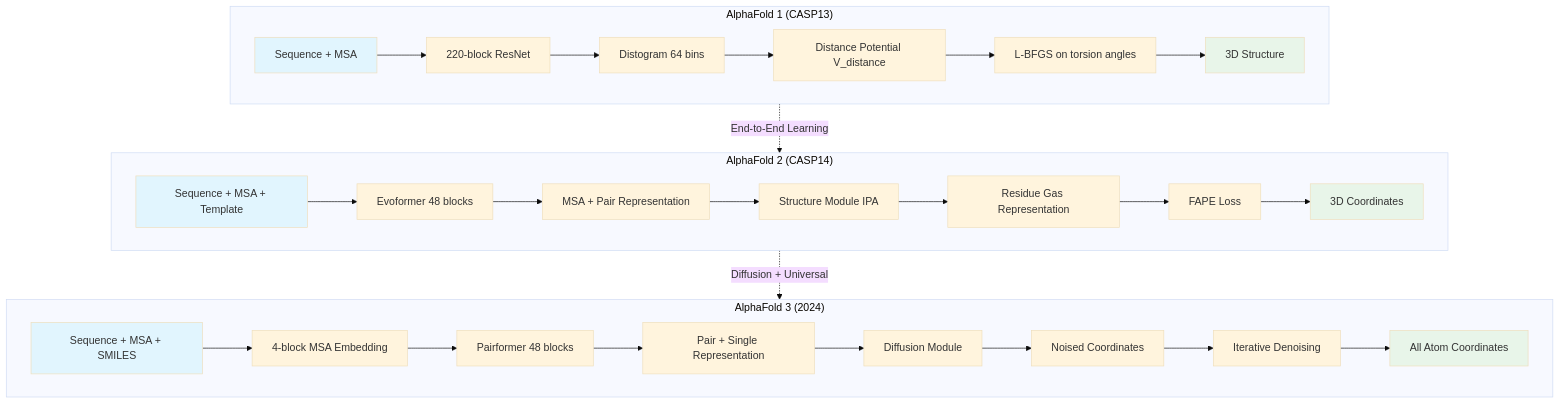
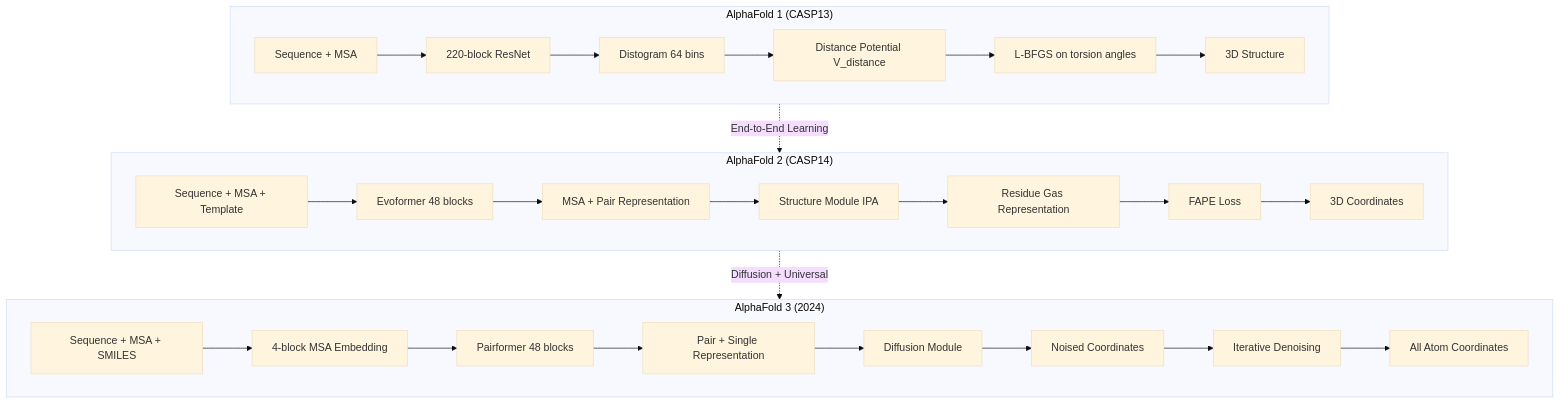
One commit to eightmm/eightmm.github.io changed the diagram in _posts/2026-02-20-alphafold-series-summary.md. Above: the diagram before and after it, drawn with Mermaid (base theme). The commit also changed other lines of this file and 10 other files, not shown here.

````diff
--- a/_posts/2026-02-20-alphafold-series-summary.md
+++ b/_posts/2026-02-20-alphafold-series-summary.md
@@ -271,39 +277,33 @@
 ```mermaid
 graph TD
     subgraph AF1["AlphaFold 1 (CASP13)"]
         A1[Sequence + MSA] --> B1[220-block ResNet]
         B1 --> C1[Distogram 64 bins]
         C1 --> D1[Distance Potential V_distance]
         D1 --> E1[L-BFGS on torsion angles]
         E1 --> F1[3D Structure]
     end
     
     subgraph AF2["AlphaFold 2 (CASP14)"]
         A2[Sequence + MSA + Template] --> B2[Evoformer 48 blocks]
         B2 --> C2[MSA + Pair Representation]
         C2 --> D2[Structure Module IPA]
         D2 --> E2[Residue Gas Representation]
         E2 --> F2[FAPE Loss]
         F2 --> G2[3D Coordinates]
     end
     
     subgraph AF3["AlphaFold 3 (2024)"]
         A3[Sequence + MSA + SMILES] --> B3[4-block MSA Embedding]
         B3 --> C3[Pairformer 48 blocks]
         C3 --> D3[Pair + Single Representation]
         D3 --> E3[Diffusion Module]
         E3 --> F3[Noised Coordinates]
         F3 --> G3[Iterative Denoising]
         G3 --> H3[All Atom Coordinates]
     end
     
     AF1 -.->|"End-to-End Learning"| AF2
     AF2 -.->|"Diffusion + Universal"| AF3
     
-    style A1 fill:#e1f5fe
-    style A2 fill:#e1f5fe
-    style A3 fill:#e1f5fe
-    style F1 fill:#e8f5e9
-    style G2 fill:#e8f5e9
-    style H3 fill:#e8f5e9
 ```
````
